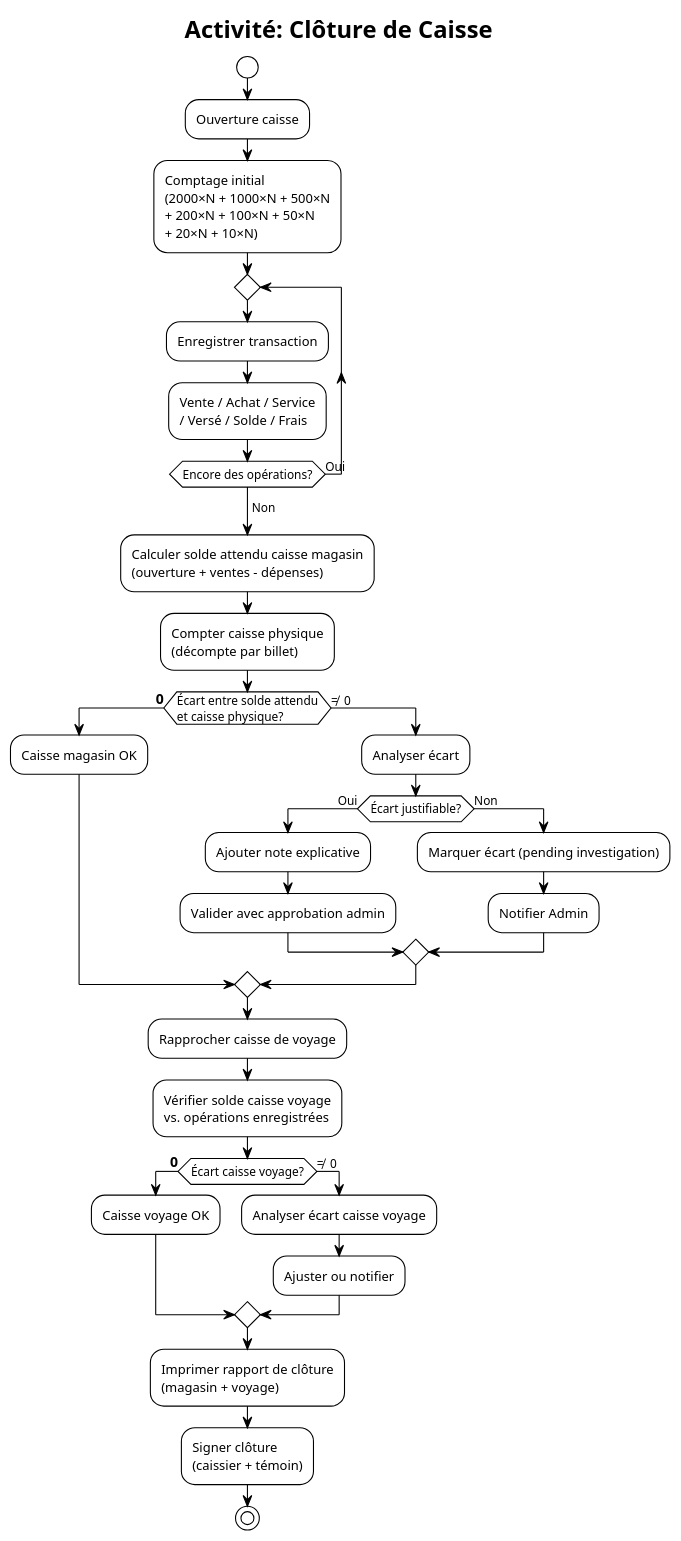
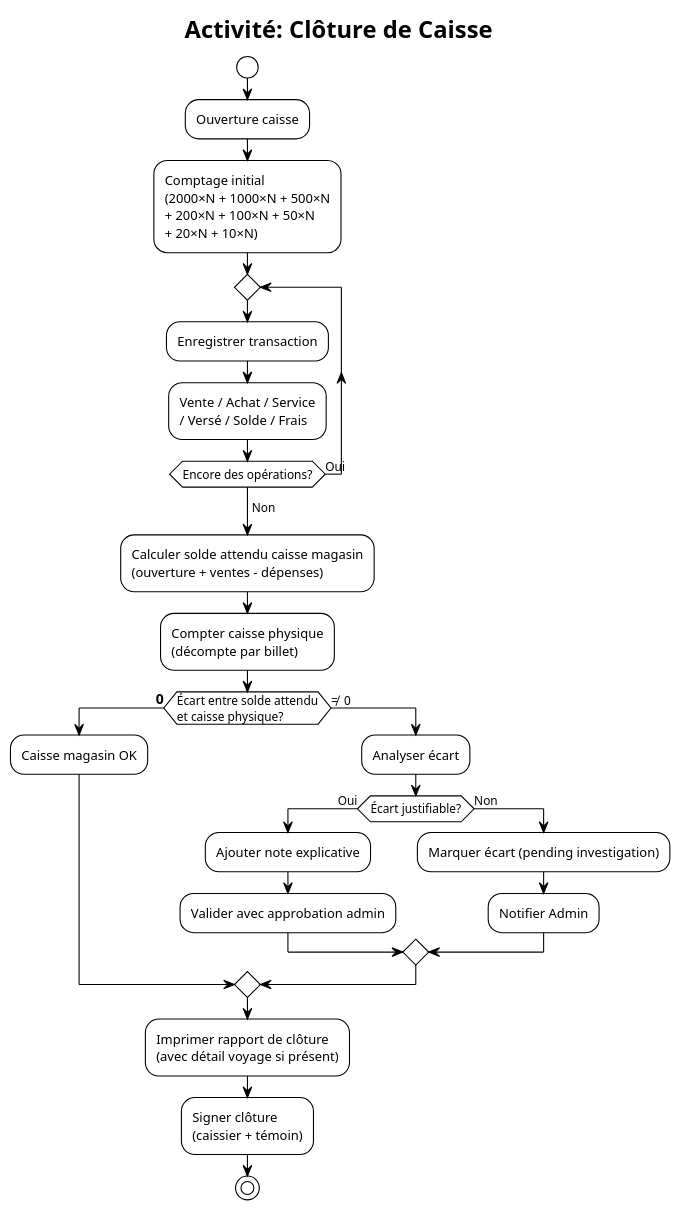
The diagram in docs/diagrams/activity_cloture_caisse.puml (DawdBe/odoo-jawlery), drawn with PlantUML before and after one commit. The commit also changed 19 other files, not shown here.

```diff
--- a/docs/diagrams/activity_cloture_caisse.puml
+++ b/docs/diagrams/activity_cloture_caisse.puml
@@ -1,46 +1,36 @@
 @startuml
 !theme plain
 title "Activité: Clôture de Caisse"
 
 start
 :Ouverture caisse;
 :Comptage initial\n(2000×N + 1000×N + 500×N\n+ 200×N + 100×N + 50×N\n+ 20×N + 10×N);
 
 repeat
   :Enregistrer transaction;
   :Vente / Achat / Service\n/ Versé / Solde / Frais;
 repeat while (Encore des opérations?) is (Oui)
 ->Non;
 
 :Calculer solde attendu caisse magasin\n(ouverture + ventes - dépenses);
 
 :Compter caisse physique\n(décompte par billet);
 
 if (Écart entre solde attendu\net caisse physique?) then (== 0)
   :Caisse magasin OK;
 else (≠ 0)
   :Analyser écart;
   if (Écart justifiable?) then (Oui)
     :Ajouter note explicative;
     :Valider avec approbation admin;
   else (Non)
     :Marquer écart (pending investigation);
     :Notifier Admin;
   endif
 endif
 
-:Rapprocher caisse de voyage;
-:Vérifier solde caisse voyage\nvs. opérations enregistrées;
-
-if (Écart caisse voyage?) then (== 0)
-  :Caisse voyage OK;
-else (≠ 0)
-  :Analyser écart caisse voyage;
-  :Ajuster ou notifier;
-endif
-
-:Imprimer rapport de clôture\n(magasin + voyage);
+:Imprimer rapport de clôture\n(avec détail voyage si présent);
 :Signer clôture\n(caissier + témoin);
 
 stop
 @enduml
```
